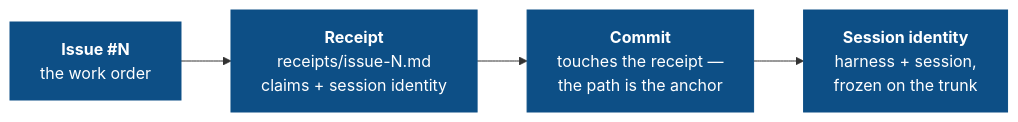
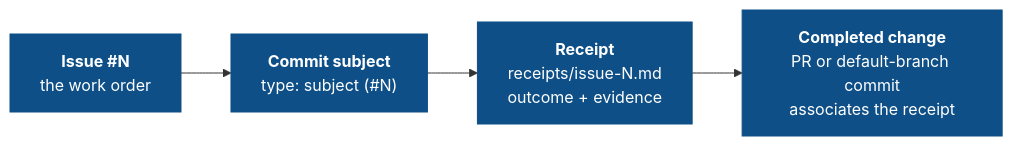
The diagram in docs/concepts/audit-chain.mdx (Duaility/governance-kit), drawn with Mermaid before and after one commit. The commit also changed other lines of this file and 124 other files, not shown here.

````diff
--- a/docs/concepts/audit-chain.mdx
+++ b/docs/concepts/audit-chain.mdx
@@ -12,12 +12,12 @@
 ```mermaid
 flowchart LR
     I["<b>Issue #N</b><br/>the work order"]
-    R["<b>Receipt</b><br/>receipts/issue-N.md<br/>claims + session identity"]
-    C["<b>Commit</b><br/>touches the receipt —<br/>the path is the anchor"]
-    S["<b>Session identity</b><br/>harness + session,<br/>frozen on the trunk"]
+    M["<b>Commit subject</b><br/>type: subject (#N)"]
+    R["<b>Receipt</b><br/>receipts/issue-N.md<br/>outcome + evidence"]
+    C["<b>Completed change</b><br/>PR or default-branch commit<br/>associates the receipt"]
 
-    I --> R --> C --> S
+    I --> M --> R --> C
 
     classDef chain fill:#0d4f86,stroke:#0d4f86,color:#ffffff
-    class I,R,C,S chain
+    class I,M,R,C chain
 ```
````
